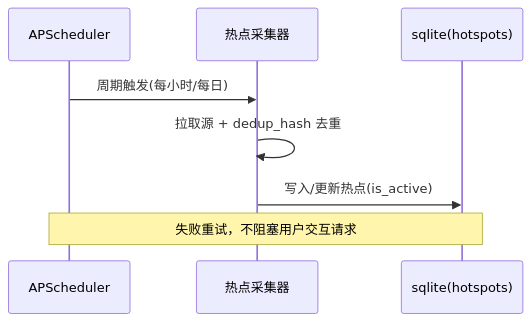
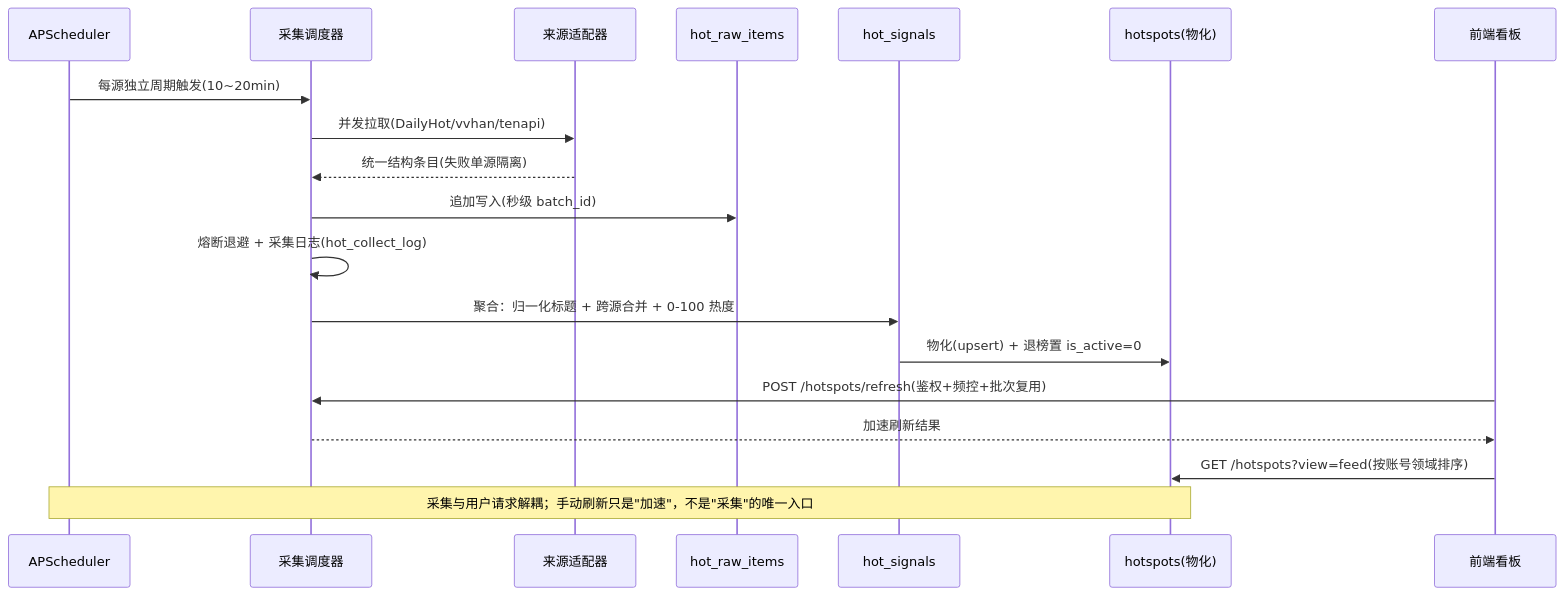
The third of 4 diagrams in docs/架构设计.md (zzzjn-1/ai-media), drawn with Mermaid before and after one commit. The commit also changed other lines of this file and 27 other files, not shown here.

````diff
--- a/docs/架构设计.md
+++ b/docs/架构设计.md
@@ -69,10 +69,22 @@
 ```mermaid
 sequenceDiagram
     participant S as APScheduler
-    participant H as 热点采集器
-    participant D as sqlite(hotspots)
-    S->>H: 周期触发(每小时/每日)
-    H->>H: 拉取源 + dedup_hash 去重
-    H->>D: 写入/更新热点(is_active)
-    Note over S,D: 失败重试，不阻塞用户交互请求
+    participant H as 采集调度器
+    participant A as 来源适配器
+    participant R as hot_raw_items
+    participant G as hot_signals
+    participant D as hotspots(物化)
+    participant U as 前端看板
+
+    S->>H: 每源独立周期触发(10~20min)
+    H->>A: 并发拉取(DailyHot/vvhan/tenapi)
+    A-->>H: 统一结构条目(失败单源隔离)
+    H->>R: 追加写入(秒级 batch_id)
+    H->>H: 熔断退避 + 采集日志(hot_collect_log)
+    H->>G: 聚合：归一化标题 + 跨源合并 + 0-100 热度
+    G->>D: 物化(upsert) + 退榜置 is_active=0
+    U->>H: POST /hotspots/refresh(鉴权+频控+批次复用)
+    H-->>U: 加速刷新结果
+    U->>D: GET /hotspots?view=feed(按账号领域排序)
+    Note over S,D: 采集与用户请求解耦；手动刷新只是"加速"，不是"采集"的唯一入口
 ```
````
